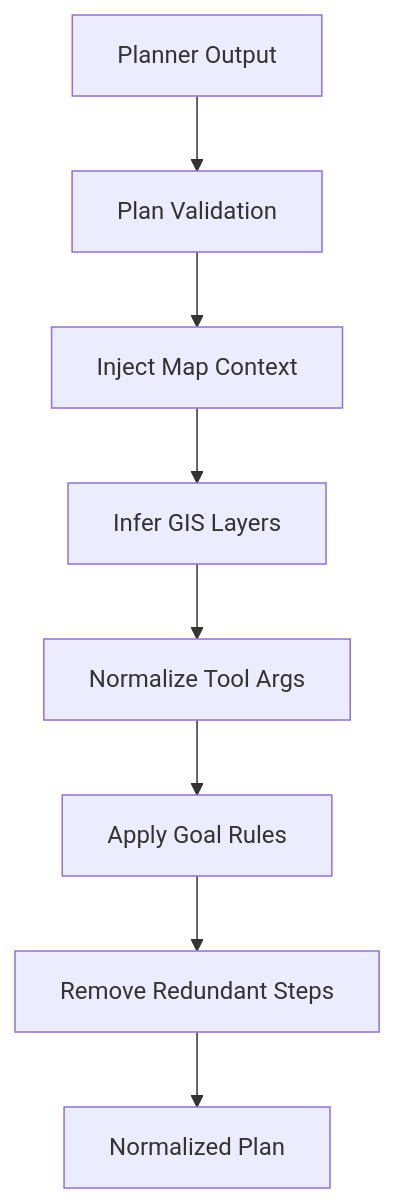
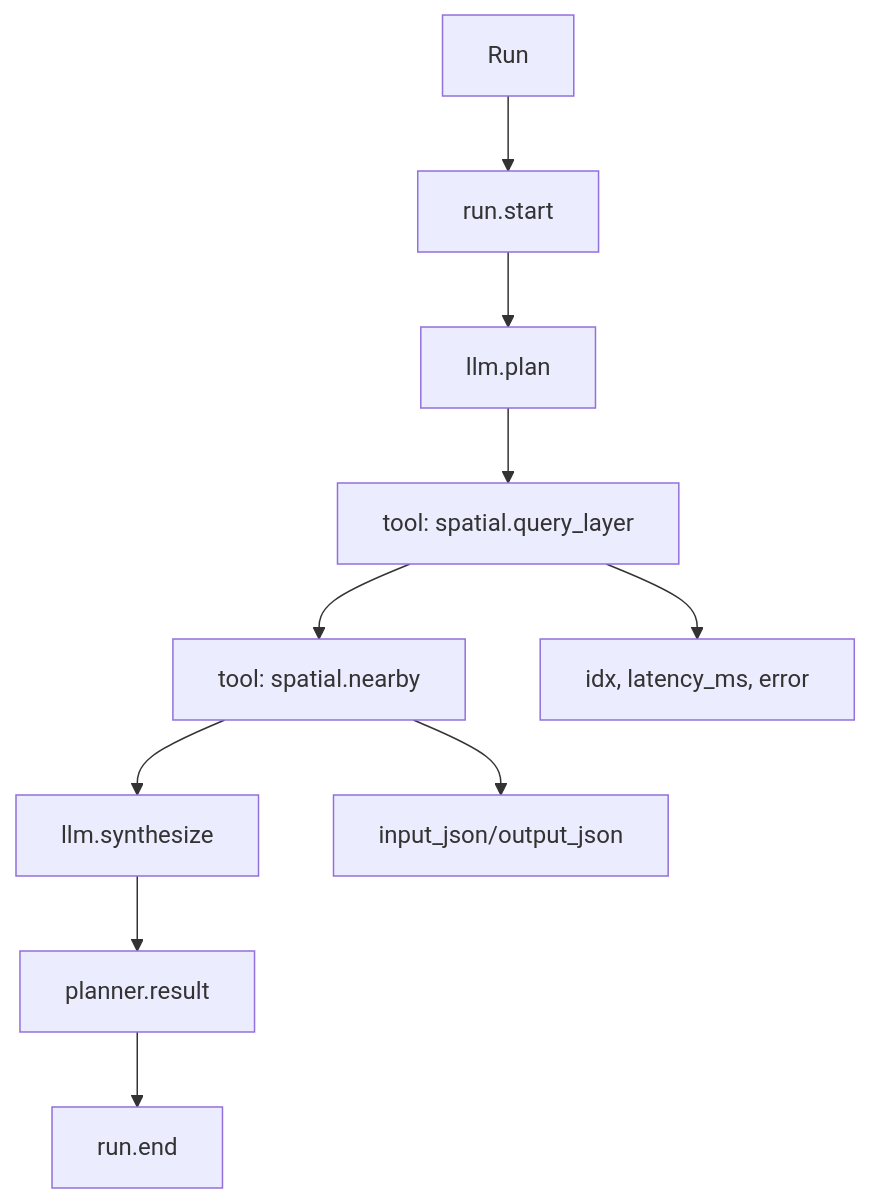
One commit to juaquicar/GeoAgents changed the fifth of 5 diagrams in docs/diagrams.md. Above: the diagram before and after it, drawn with Mermaid. The commit also changed other lines of this file and 4 other files, not shown here.

Commit message:
docs: refresh architecture diagrams and API/usage guides

````diff
--- a/docs/diagrams.md
+++ b/docs/diagrams.md
@@ -148,19 +114,14 @@
 ```mermaid
 flowchart TD
 
-RawPlan[Planner Output]
+RUN[Run] --> STEP1[run.start]
+STEP1 --> STEP2[llm.plan]
+STEP2 --> STEP3[tool: spatial.query_layer]
+STEP3 --> STEP4[tool: spatial.nearby]
+STEP4 --> STEP5[llm.synthesize]
+STEP5 --> STEP6[planner.result]
+STEP6 --> STEP7[run.end]
 
-RawPlan --> Validate[Plan Validation]
-
-Validate --> InjectContext[Inject Map Context]
-
-InjectContext --> InferLayers[Infer GIS Layers]
-
-InferLayers --> NormalizeArgs[Normalize Tool Args]
-
-NormalizeArgs --> ApplyRules[Apply Goal Rules]
-
-ApplyRules --> RemoveRedundancy[Remove Redundant Steps]
-
-RemoveRedundancy --> FinalPlan[Normalized Plan]
+STEP3 --> META1[idx, latency_ms, error]
+STEP4 --> META2[input_json/output_json]
 ```
````
